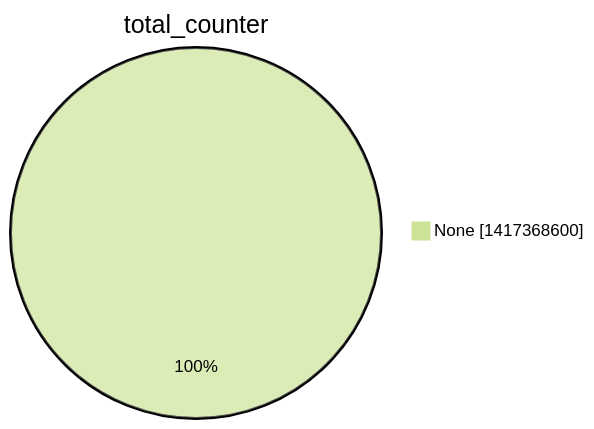
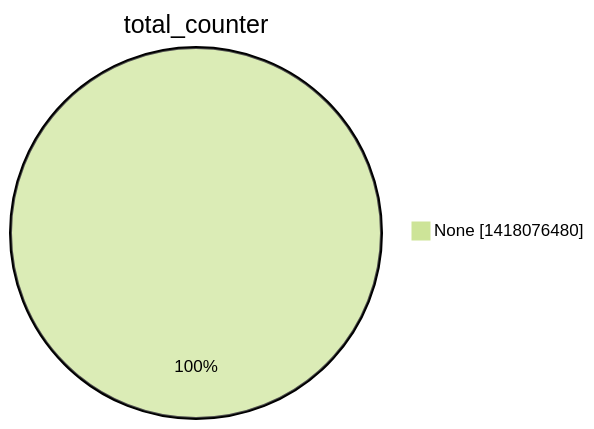
Before and after one commit to christiankrug/ctmonitor_visualization: the second of 15 diagrams in argon2022/README.md, drawn with Mermaid (forest theme). The commit also changed other lines of this file, not shown here.

````diff
--- a/argon2022/README.md
+++ b/argon2022/README.md
@@ -9,5 +9,5 @@
 ```mermaid
 pie showData
 title total_counter
-"None" :1417368600
+"None" :1418076480
 ```
````
